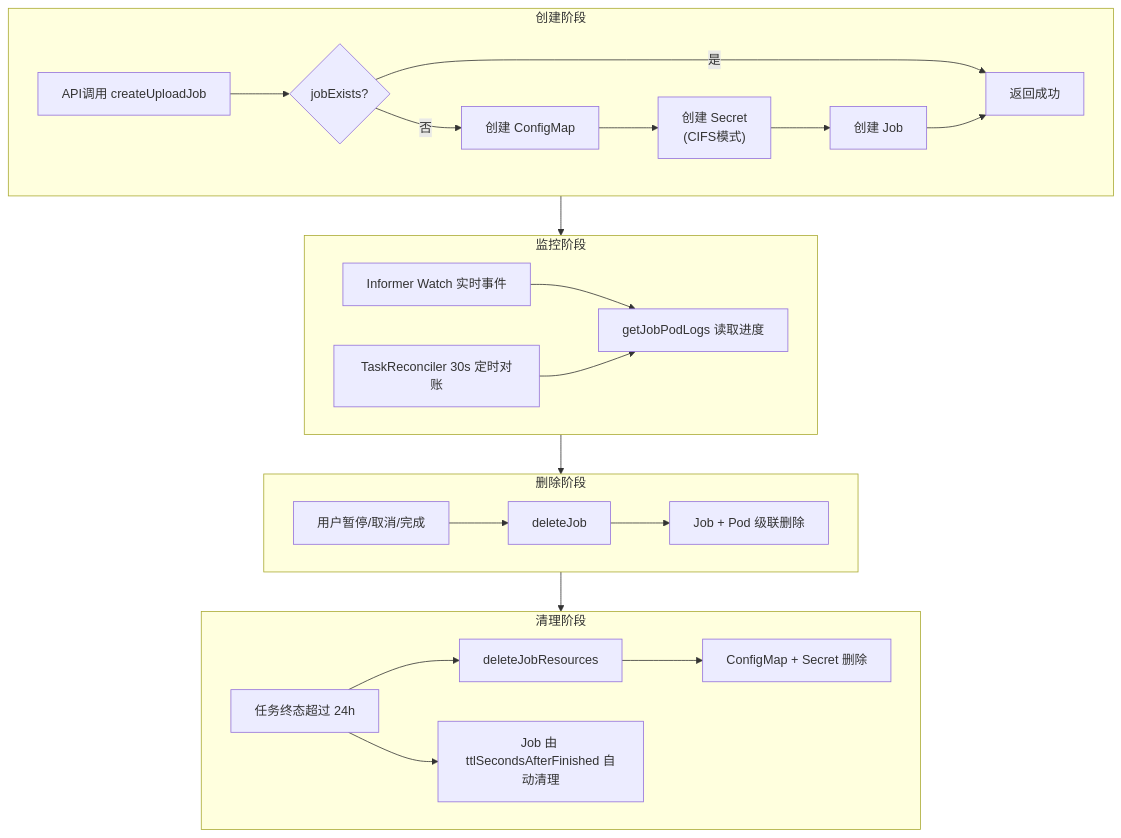
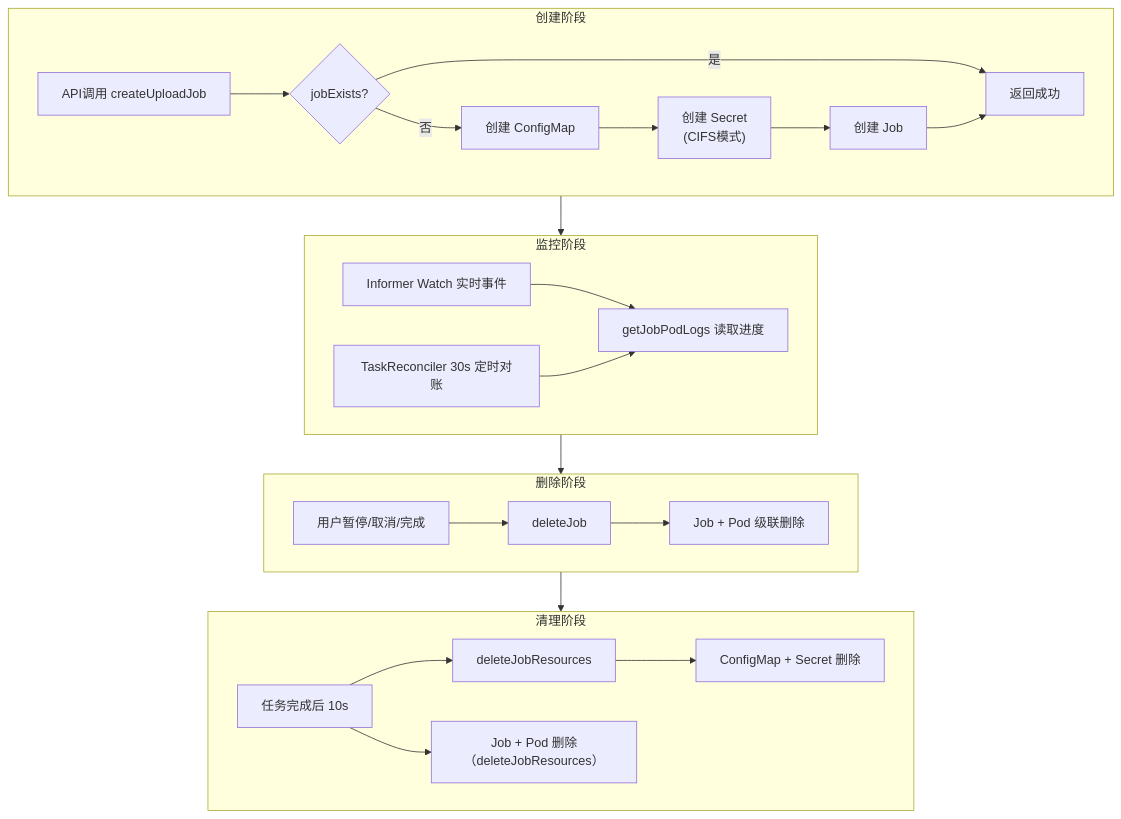
Before and after one commit to HaoruiSong622/model-lite-repository: diagram 11 of 14 in docs/features/feature-4-weight-import-design-enhanced.md, drawn with Mermaid. The commit also changed other lines of this file and 6 other files, not shown here.

````diff
--- a/docs/features/feature-4-weight-import-design-enhanced.md
+++ b/docs/features/feature-4-weight-import-design-enhanced.md
@@ -3354,42 +3354,42 @@
 ```mermaid
 flowchart TB
     subgraph Create["创建阶段"]
         C1["API调用 createUploadJob"]
         C2{"jobExists?"}
         C3["创建 ConfigMap"]
         C4["创建 Secret<br/>(CIFS模式)"]
         C5["创建 Job"]
         C6["返回成功"]
         C1 --> C2
         C2 -->|是| C6
         C2 -->|否| C3 --> C4 --> C5 --> C6
     end
 
     subgraph Monitor["监控阶段"]
         M1["Informer Watch 实时事件"]
         M2["TaskReconciler 30s 定时对账"]
         M3["getJobPodLogs 读取进度"]
         M1 --> M3
         M2 --> M3
     end
 
     subgraph Delete["删除阶段"]
         D1["用户暂停/取消/完成"]
         D2["deleteJob"]
         D3["Job + Pod 级联删除"]
         D1 --> D2 --> D3
     end
 
     subgraph Cleanup["清理阶段"]
-        L1["任务终态超过 24h"]
+        L1["任务完成后 10s"]
         L2["deleteJobResources"]
         L3["ConfigMap + Secret 删除"]
-        L4["Job 由 ttlSecondsAfterFinished 自动清理"]
+        L4["Job + Pod 删除（deleteJobResources）"]
         L1 --> L2 --> L3
         L1 --> L4
     end
 
     Create --> Monitor
     Monitor --> Delete
     Delete --> Cleanup
 ```
````
